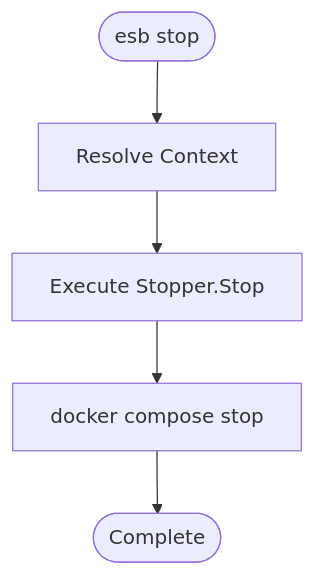
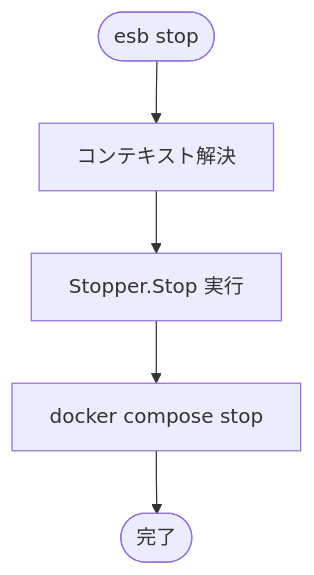
The diagram in docs/stop.md (poruru-code/esb-cli), drawn with Mermaid before and after one commit. The commit also changed other lines of this file and 12 other files, not shown here.

First line of the commit message:
Translate CLI documentation to Japanese and fix Mermaid syntax

````diff
--- a/docs/stop.md
+++ b/docs/stop.md
@@ -37,7 +37,7 @@
 ```mermaid
 flowchart TD
-    Start([esb stop]) --> ResolveCtx[Resolve Context]
-    ResolveCtx --> StopCmd[Execute Stopper.Stop]
+    Start([esb stop]) --> ResolveCtx[コンテキスト解決]
+    ResolveCtx --> StopCmd[Stopper.Stop 実行]
     StopCmd --> Docker[docker compose stop]
-    Docker --> Finish([Complete])
+    Docker --> Finish([完了])
 ```
````
